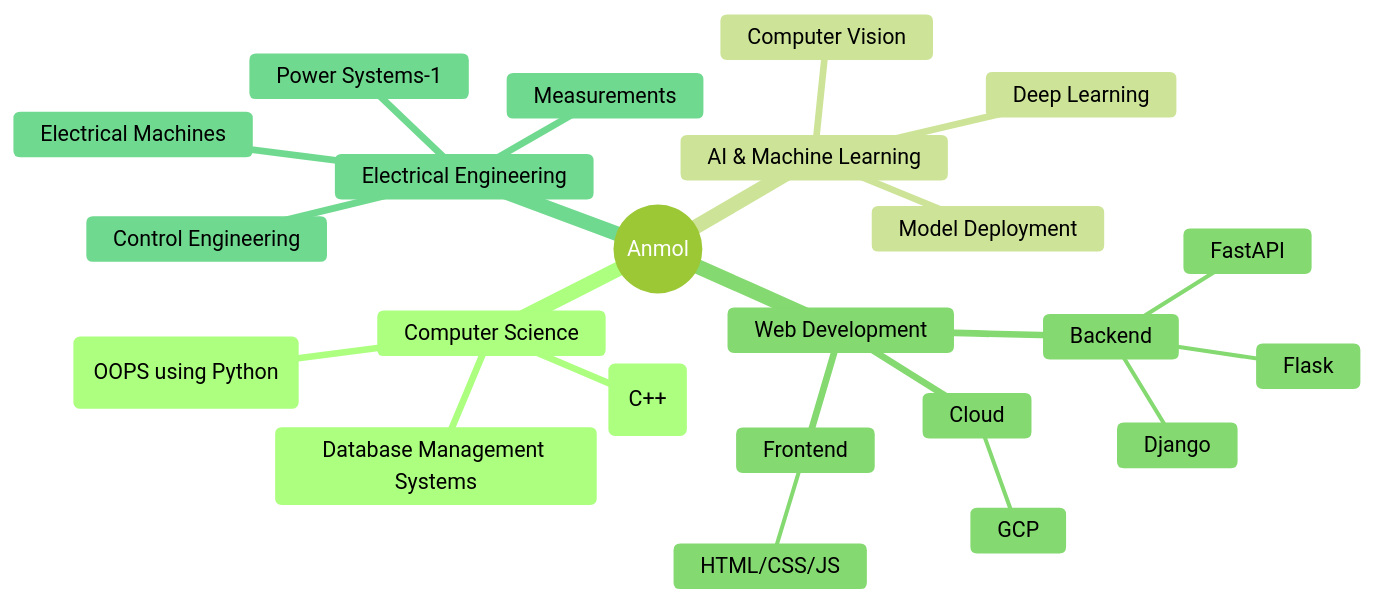
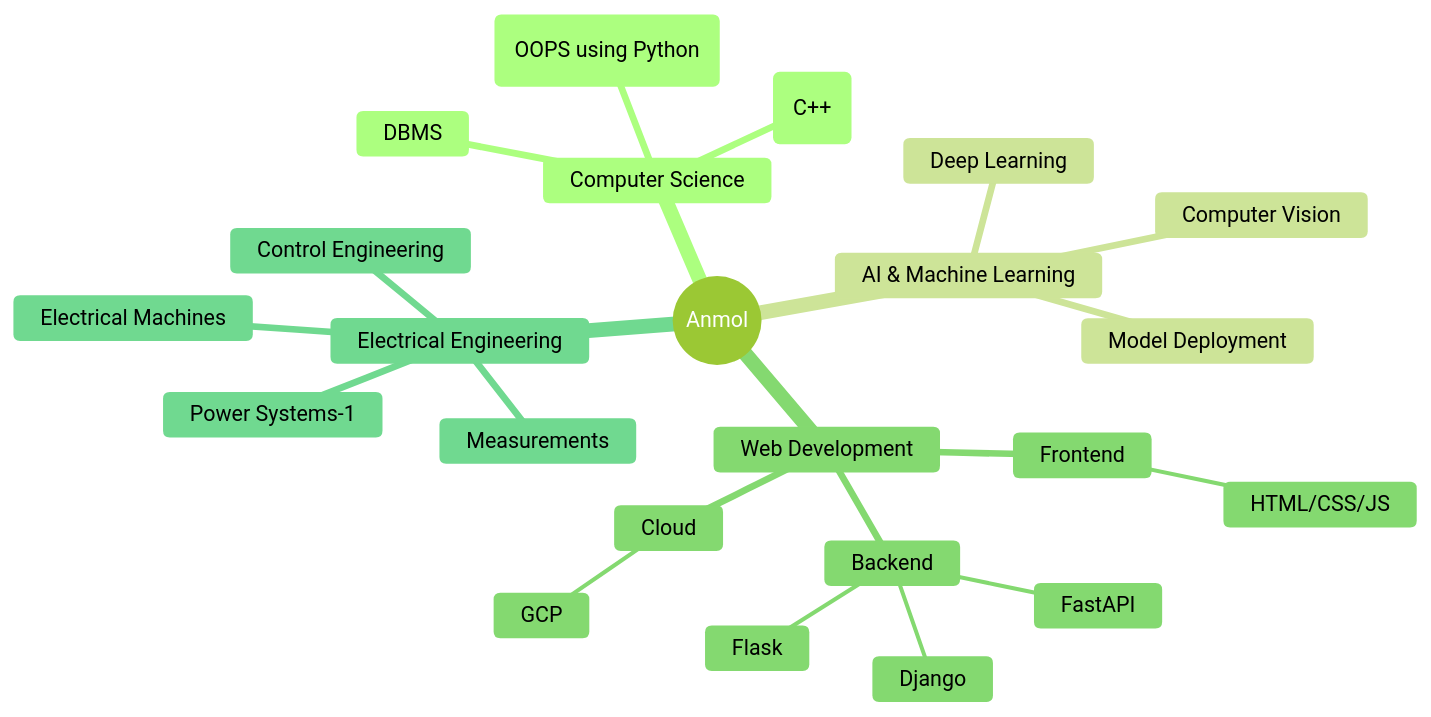
One commit to Anmol-Shukla-20/Anmol-Shukla-20 changed the diagram in README.md. Above: the diagram before and after it, drawn with Mermaid (forest theme).

Commit message:
Abbreviate 'Database Management Systems' to 'DBMS'

````diff
--- a/README.md
+++ b/README.md
@@ -228,26 +228,26 @@
 ```mermaid
 mindmap
   root((Anmol))
     Computer Science
       Data Structures & Algorithms (C++)
       Object-Oriented Programming(OOPS using Python)
-      Database Management Systems
+      DBMS
     AI & Machine Learning
       Deep Learning
       Computer Vision
       Model Deployment
     Web Development
       Frontend
         HTML/CSS/JS
       Backend
         Django
         FastAPI
         Flask
       Cloud
         GCP
     Electrical Engineering
       Power Systems-1
       Electrical Machines
       Measurements
       Control Engineering
 ```
````
